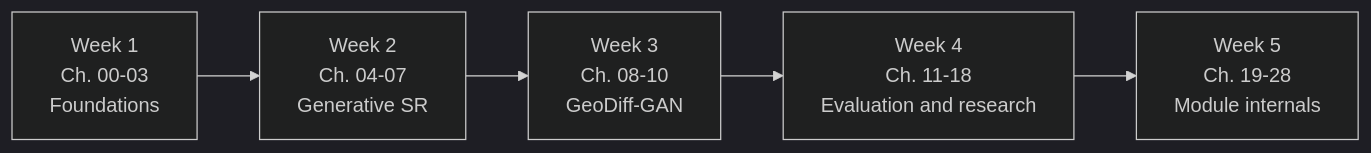
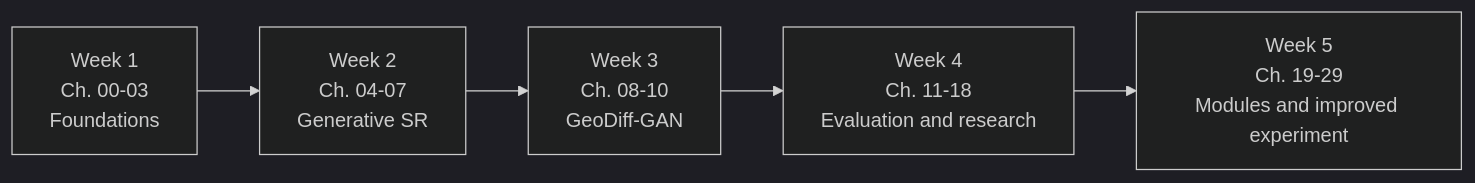
The first of 2 diagrams in learning/README.md (shashankjs2002/SI-SR-1), drawn with Mermaid (dark theme) before and after one commit. The commit also changed other lines of this file and 20 other files, not shown here.

````diff
--- a/learning/README.md
+++ b/learning/README.md
@@ -60,8 +61,8 @@
 ```mermaid
 flowchart LR
     A["Week 1<br/>Ch. 00-03<br/>Foundations"] -->
     B["Week 2<br/>Ch. 04-07<br/>Generative SR"] -->
     C["Week 3<br/>Ch. 08-10<br/>GeoDiff-GAN"] -->
     D["Week 4<br/>Ch. 11-18<br/>Evaluation and research"] -->
-    E["Week 5<br/>Ch. 19-28<br/>Module internals"]
+    E["Week 5<br/>Ch. 19-29<br/>Modules and improved experiment"]
 ```
````
